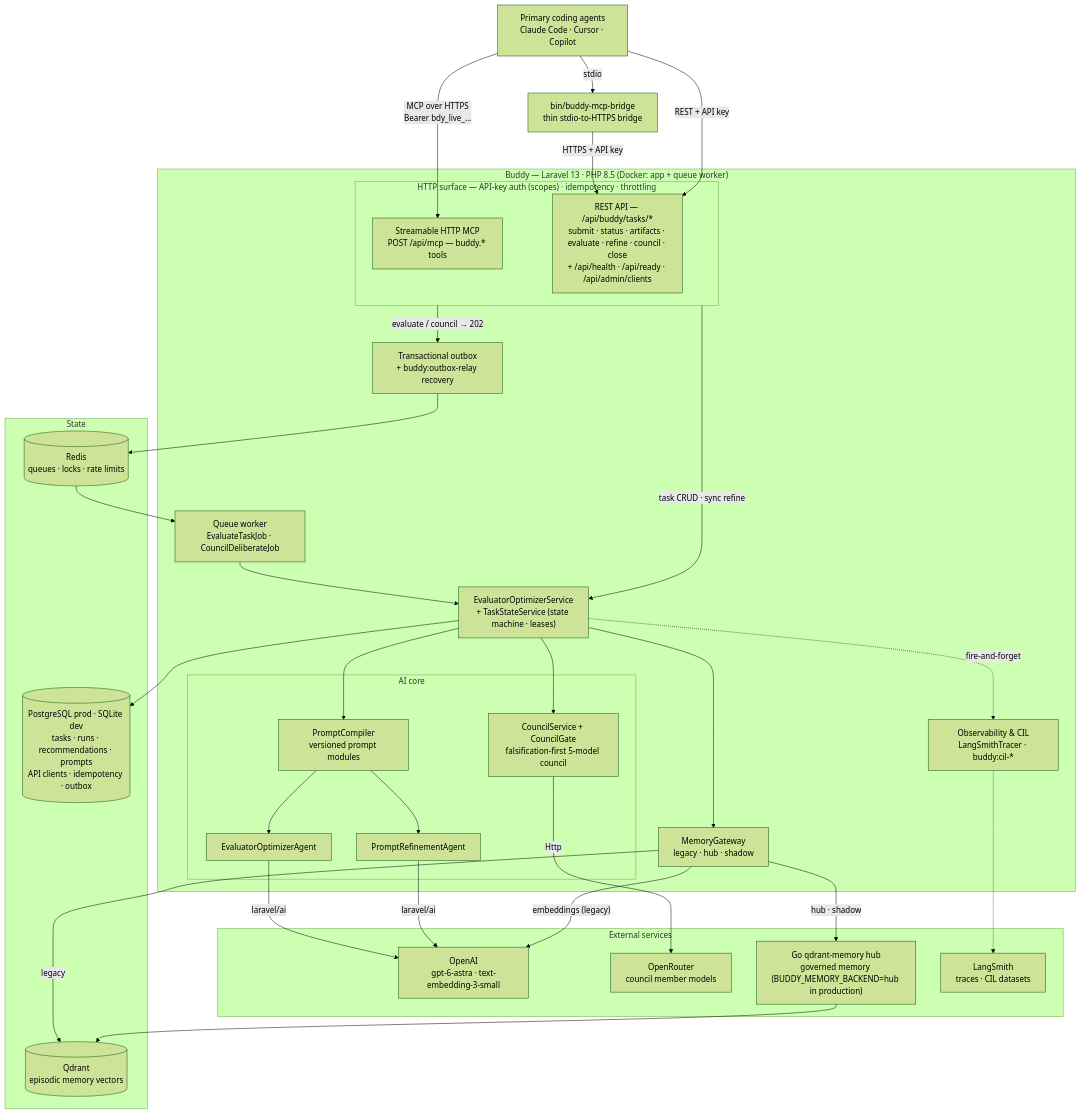
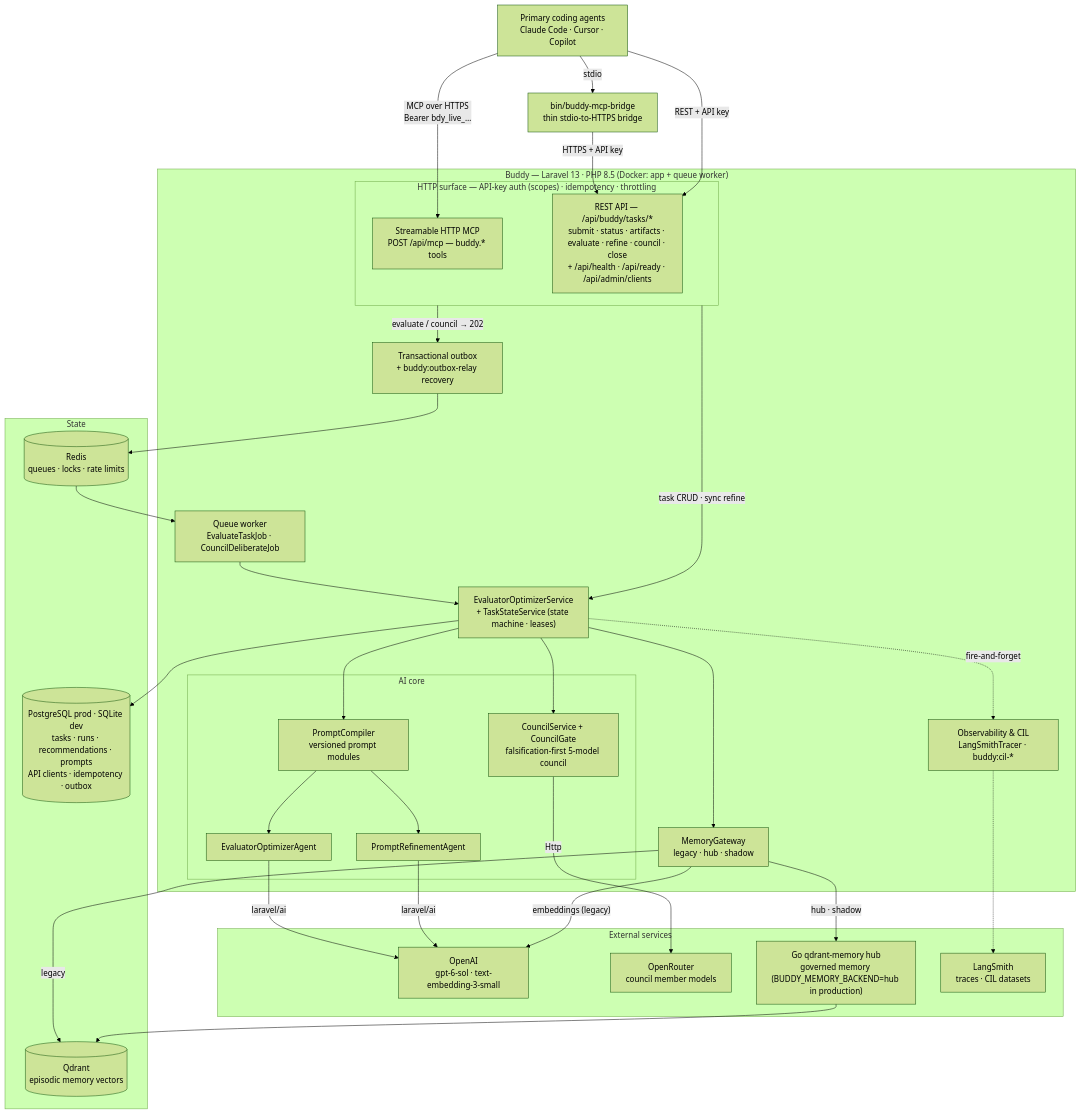
One commit to ikarolaborda/buddy changed the diagram in README.md. Above: the diagram before and after it, drawn with Mermaid (forest theme). The commit also changed other lines of this file and 13 other files, not shown here.

First line of the commit message:
Move the Azure evaluator and council chair from gpt-6-astra to gpt-6-sol

````diff
--- a/README.md
+++ b/README.md
@@ -32,68 +32,68 @@
 ```mermaid
 flowchart TB
     agents["Primary coding agents<br/>Claude Code · Cursor · Copilot"]
     bridge["bin/buddy-mcp-bridge<br/>thin stdio-to-HTTPS bridge"]
 
     subgraph buddy["Buddy — Laravel 13 · PHP 8.5 (Docker: app + queue worker)"]
         subgraph http["HTTP surface — API-key auth (scopes) · idempotency · throttling"]
             mcp["Streamable HTTP MCP<br/>POST /api/mcp — buddy.* tools"]
             rest["REST API — /api/buddy/tasks/*<br/>submit · status · artifacts · evaluate · refine · council · close<br/>+ /api/health · /api/ready · /api/admin/clients"]
         end
 
         outbox["Transactional outbox<br/>+ buddy:outbox-relay recovery"]
         worker["Queue worker<br/>EvaluateTaskJob · CouncilDeliberateJob"]
         svc["EvaluatorOptimizerService<br/>+ TaskStateService (state machine · leases)"]
 
         subgraph aicore["AI core"]
             compiler["PromptCompiler<br/>versioned prompt modules"]
             evalAgent["EvaluatorOptimizerAgent"]
             refineAgent["PromptRefinementAgent"]
             council["CouncilService + CouncilGate<br/>falsification-first 5-model council"]
         end
 
         gateway["MemoryGateway<br/>legacy · hub · shadow"]
         obs["Observability & CIL<br/>LangSmithTracer · buddy:cil-*"]
     end
 
     subgraph stores["State"]
         db[("PostgreSQL prod · SQLite dev<br/>tasks · runs · recommendations · prompts<br/>API clients · idempotency · outbox")]
         redis[("Redis<br/>queues · locks · rate limits")]
         qdrant[("Qdrant<br/>episodic memory vectors")]
     end
 
     subgraph ext["External services"]
-        openai["OpenAI<br/>gpt-6-astra · text-embedding-3-small"]
+        openai["OpenAI<br/>gpt-6-sol · text-embedding-3-small"]
         openrouter["OpenRouter<br/>council member models"]
         hub["Go qdrant-memory hub<br/>governed memory (BUDDY_MEMORY_BACKEND=hub in production)"]
         langsmith["LangSmith<br/>traces · CIL datasets"]
     end
 
     agents -->|"MCP over HTTPS<br/>Bearer bdy_live_…"| mcp
     agents -->|stdio| bridge
     bridge -->|"HTTPS + API key"| rest
     agents -->|"REST + API key"| rest
 
     http -->|"task CRUD · sync refine"| svc
     http -->|"evaluate / council → 202"| outbox
     outbox --> redis
     redis --> worker
     worker --> svc
 
     svc --> compiler
     compiler --> evalAgent
     compiler --> refineAgent
     svc --> council
     evalAgent -->|laravel/ai| openai
     refineAgent -->|laravel/ai| openai
     council -->|Http| openrouter
 
     svc --> gateway
     gateway -->|legacy| qdrant
     gateway -->|"hub · shadow"| hub
     hub --> qdrant
     gateway -->|"embeddings (legacy)"| openai
 
     svc --> db
     svc -.->|"fire-and-forget"| obs
     obs -.-> langsmith
 ```
````
